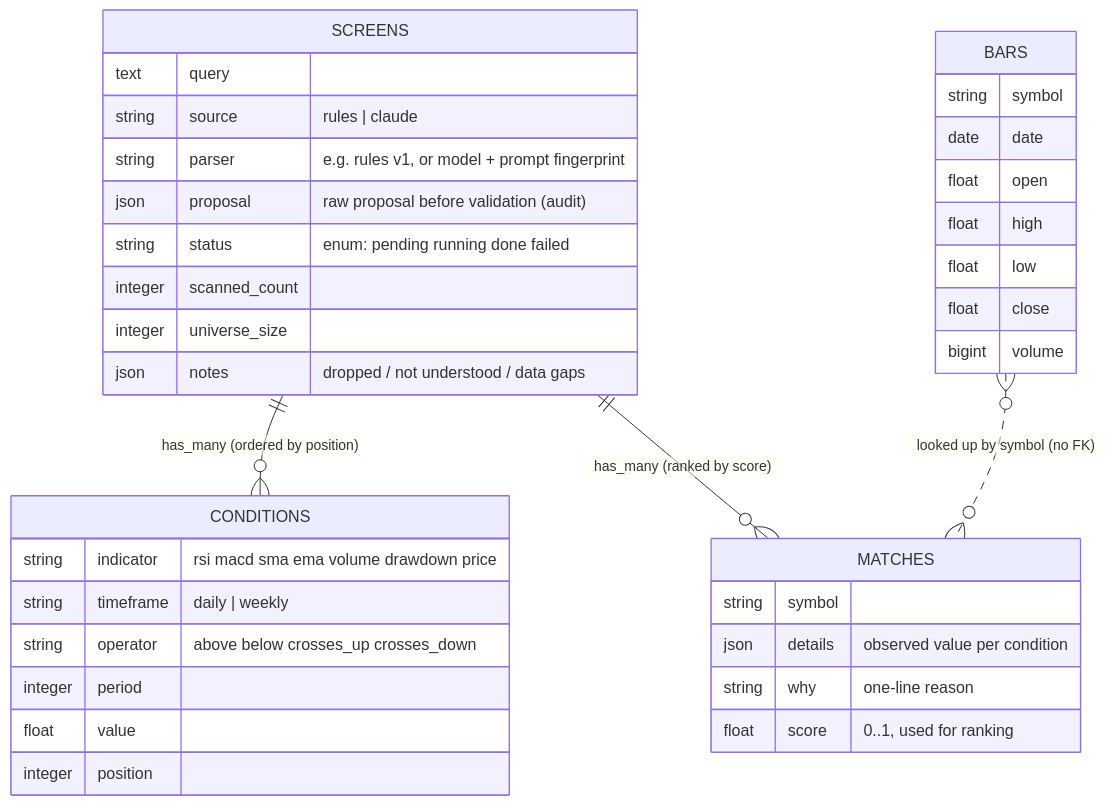
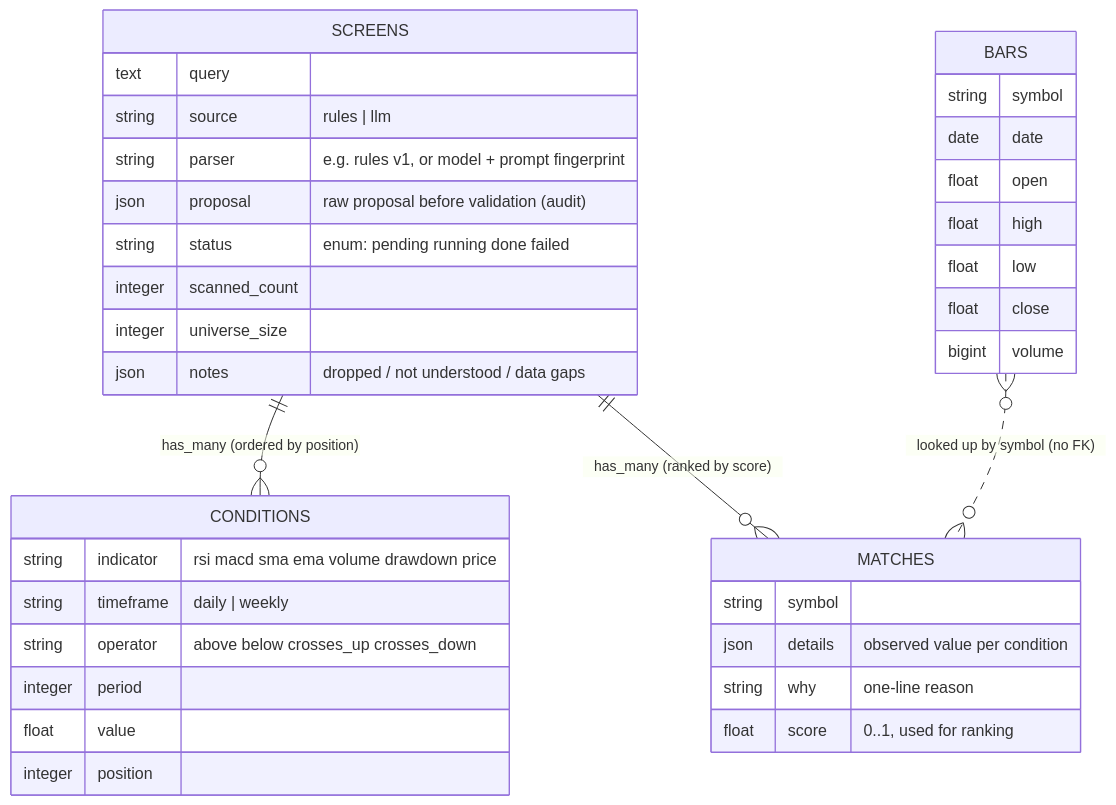
The third of 7 diagrams in docs/ARCHITECTURE.md (henryzhangpku/rails-nl-screen), drawn with Mermaid before and after one commit. The commit also changed other lines of this file and 8 other files, not shown here.

First line of the commit message:
Default the LLM parser to DeepSeek; drop Claude from the demo

````diff
--- a/docs/ARCHITECTURE.md
+++ b/docs/ARCHITECTURE.md
@@ -152,40 +152,40 @@
 ```mermaid
 erDiagram
   SCREENS ||--o{ CONDITIONS : "has_many (ordered by position)"
   SCREENS ||--o{ MATCHES : "has_many (ranked by score)"
   BARS }o..o{ MATCHES : "looked up by symbol (no FK)"
 
   SCREENS {
     text query
-    string source "rules | claude"
+    string source "rules | llm"
     string parser "e.g. rules v1, or model + prompt fingerprint"
     json proposal "raw proposal before validation (audit)"
     string status "enum: pending running done failed"
     integer scanned_count
     integer universe_size
     json notes "dropped / not understood / data gaps"
   }
   CONDITIONS {
     string indicator "rsi macd sma ema volume drawdown price"
     string timeframe "daily | weekly"
     string operator "above below crosses_up crosses_down"
     integer period
     float value
     integer position
   }
   MATCHES {
     string symbol
     json details "observed value per condition"
     string why "one-line reason"
     float score "0..1, used for ranking"
   }
   BARS {
     string symbol
     date date
     float open
     float high
     float low
     float close
     bigint volume
   }
 ```
````
